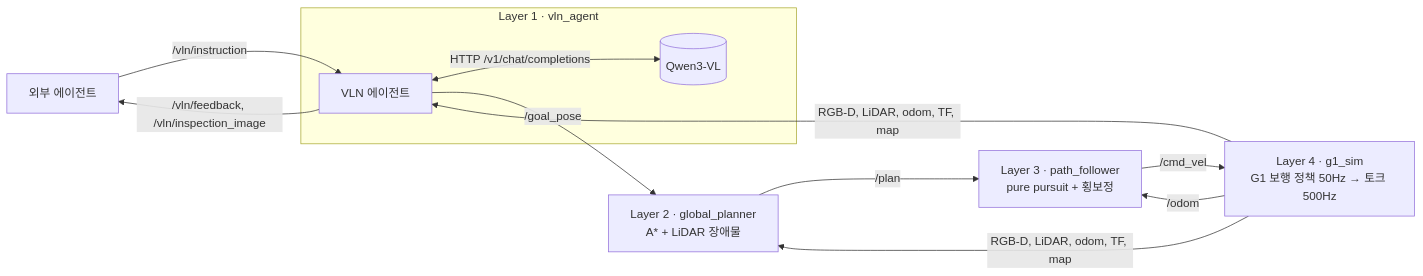
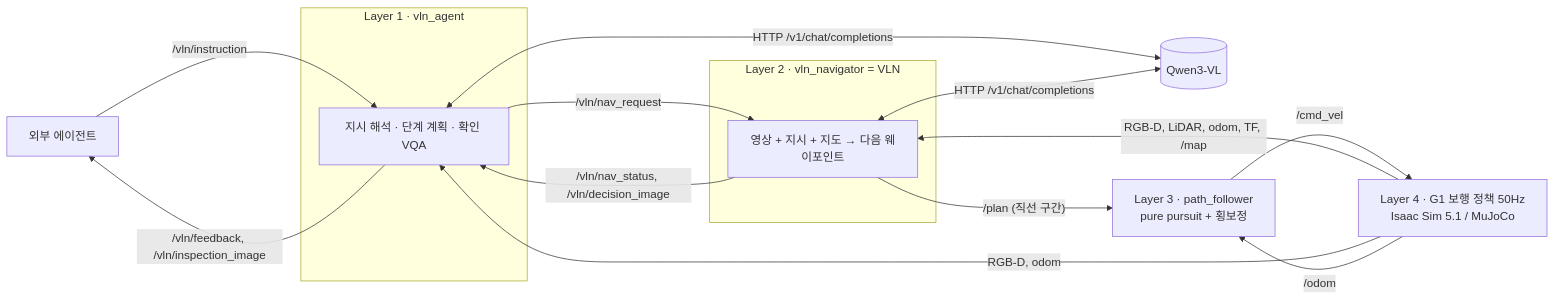
Before and after one commit to alsgyu/G1-sim-Factory: the first of 2 diagrams in docs/HVLN.md, drawn with Mermaid. The commit also changed other lines of this file and 42 other files, not shown here.

First line of the commit message:
Replace map lookup with map-guided hierarchical VLN and add Isaac Sim 5.1 path

````diff
--- a/docs/HVLN.md
+++ b/docs/HVLN.md
@@ -25,13 +35,19 @@
 ```mermaid
 flowchart LR
   EA[외부 에이전트] -- "/vln/instruction" --> VA
   VA -- "/vln/feedback, /vln/inspection_image" --> EA
   subgraph L1[Layer 1 · vln_agent]
-    VA[VLN 에이전트] <-- "HTTP /v1/chat/completions" --> VLM[(Qwen3-VL)]
+    VA[지시 해석 · 단계 계획 · 확인 VQA]
   end
-  VA -- "/goal_pose" --> GP[Layer 2 · global_planner<br/>A* + LiDAR 장애물]
-  GP -- "/plan" --> PF[Layer 3 · path_follower<br/>pure pursuit + 횡보정]
-  PF -- "/cmd_vel" --> SIM[Layer 4 · g1_sim<br/>G1 보행 정책 50Hz → 토크 500Hz]
-  SIM -- "RGB-D, LiDAR, odom, TF, map" --> VA & GP
+  subgraph L2[Layer 2 · vln_navigator = VLN]
+    VN[영상 + 지시 + 지도 → 다음 웨이포인트]
+  end
+  VA -- "/vln/nav_request" --> VN
+  VN -- "/vln/nav_status, /vln/decision_image" --> VA
+  VA & VN <-- "HTTP /v1/chat/completions" --> VLM[(Qwen3-VL)]
+  VN -- "/plan (직선 구간)" --> PF[Layer 3 · path_follower<br/>pure pursuit + 횡보정]
+  PF -- "/cmd_vel" --> SIM[Layer 4 · G1 보행 정책 50Hz<br/>Isaac Sim 5.1 / MuJoCo]
+  SIM -- "RGB-D, LiDAR, odom, TF, /map" --> VN
+  SIM -- "RGB-D, odom" --> VA
   SIM -- "/odom" --> PF
 ```
````
